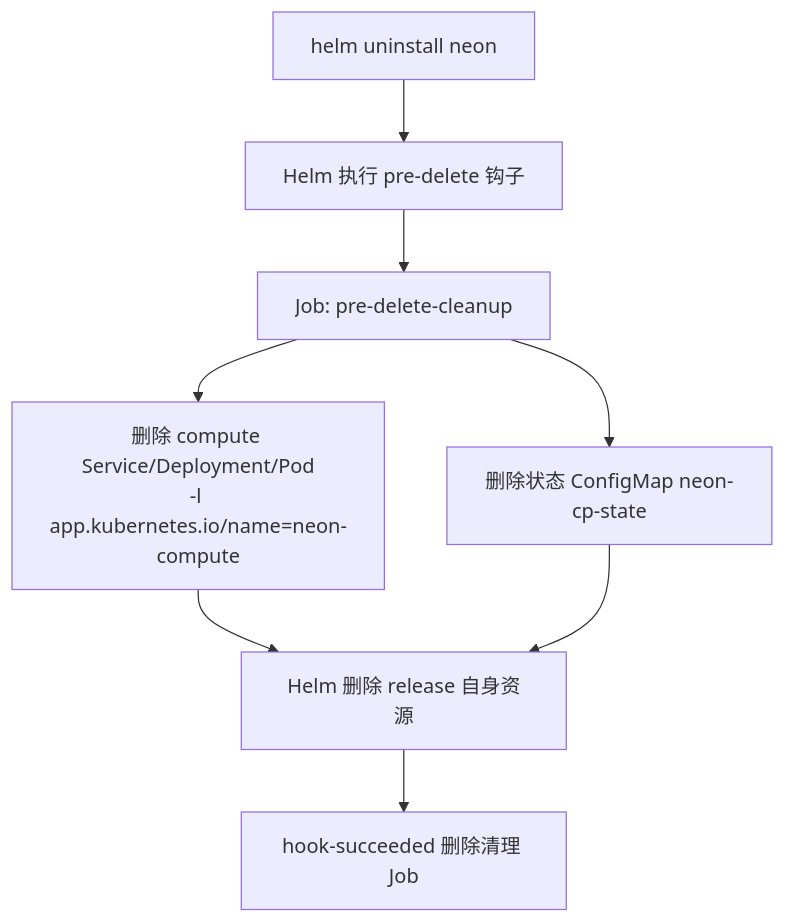
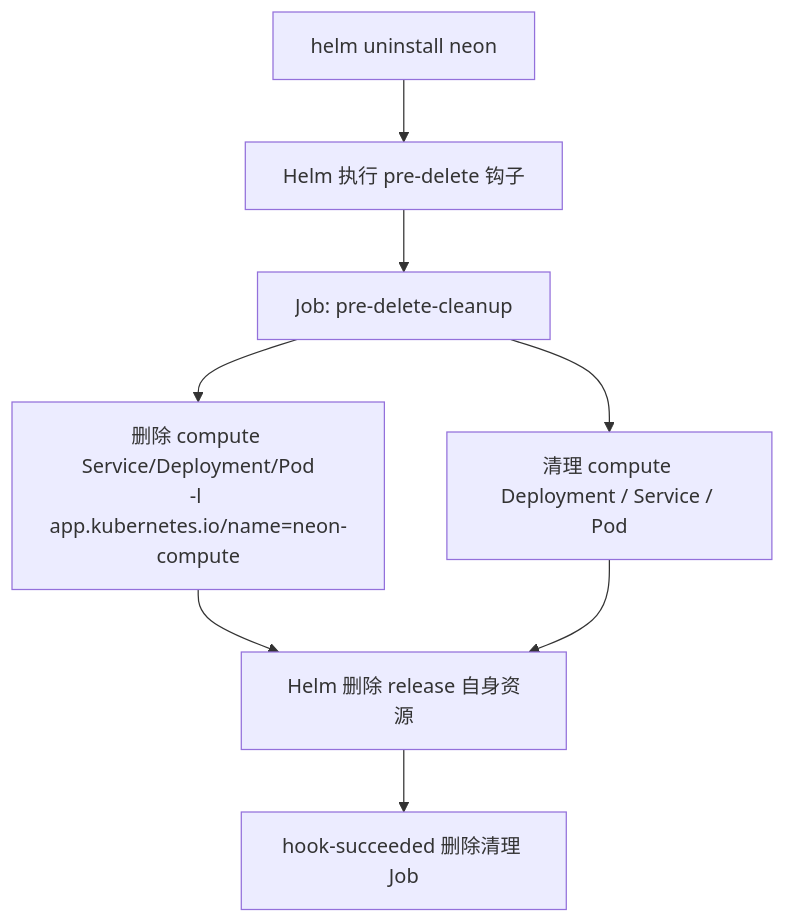
The first of 2 diagrams in charts/neon-control-plane/README.md (chirpyli/helm-charts), drawn with Mermaid before and after one commit. The commit also changed other lines of this file and 45 other files, not shown here.

````diff
--- a/charts/neon-control-plane/README.md
+++ b/charts/neon-control-plane/README.md
@@ -60,10 +63,10 @@
 ```mermaid
 flowchart TD
     A[helm uninstall neon] --> B[Helm 执行 pre-delete 钩子]
     B --> C[Job: pre-delete-cleanup]
     C --> D[删除 compute Service/Deployment/Pod<br/>-l app.kubernetes.io/name=neon-compute]
-    C --> E[删除状态 ConfigMap neon-cp-state]
+    C --> E[清理 compute Deployment / Service / Pod]
     D --> F[Helm 删除 release 自身资源]
     E --> F
     F --> G[hook-succeeded 删除清理 Job]
 ```
````
